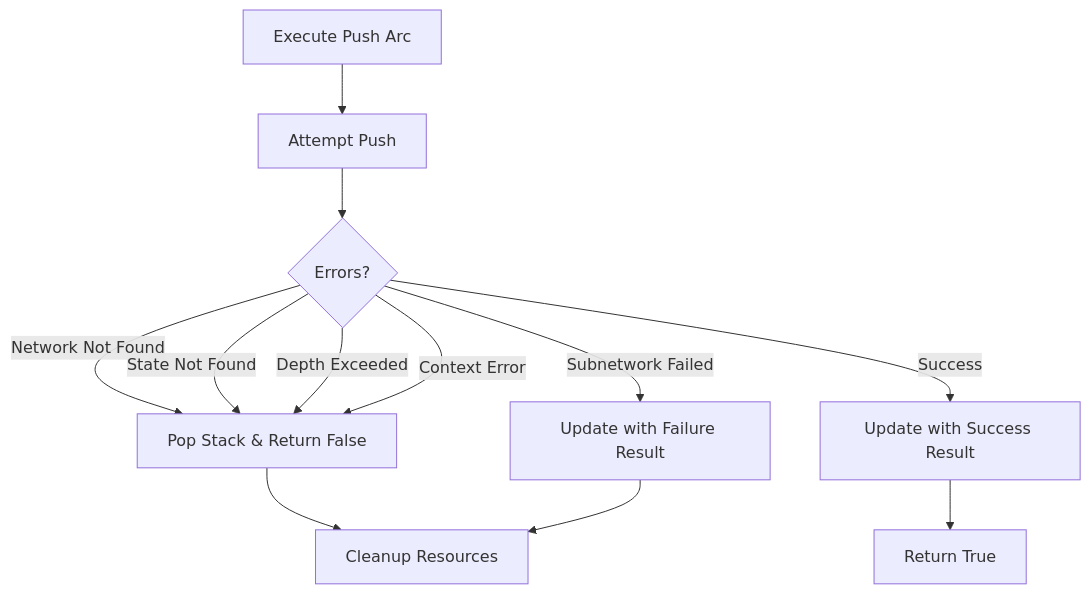
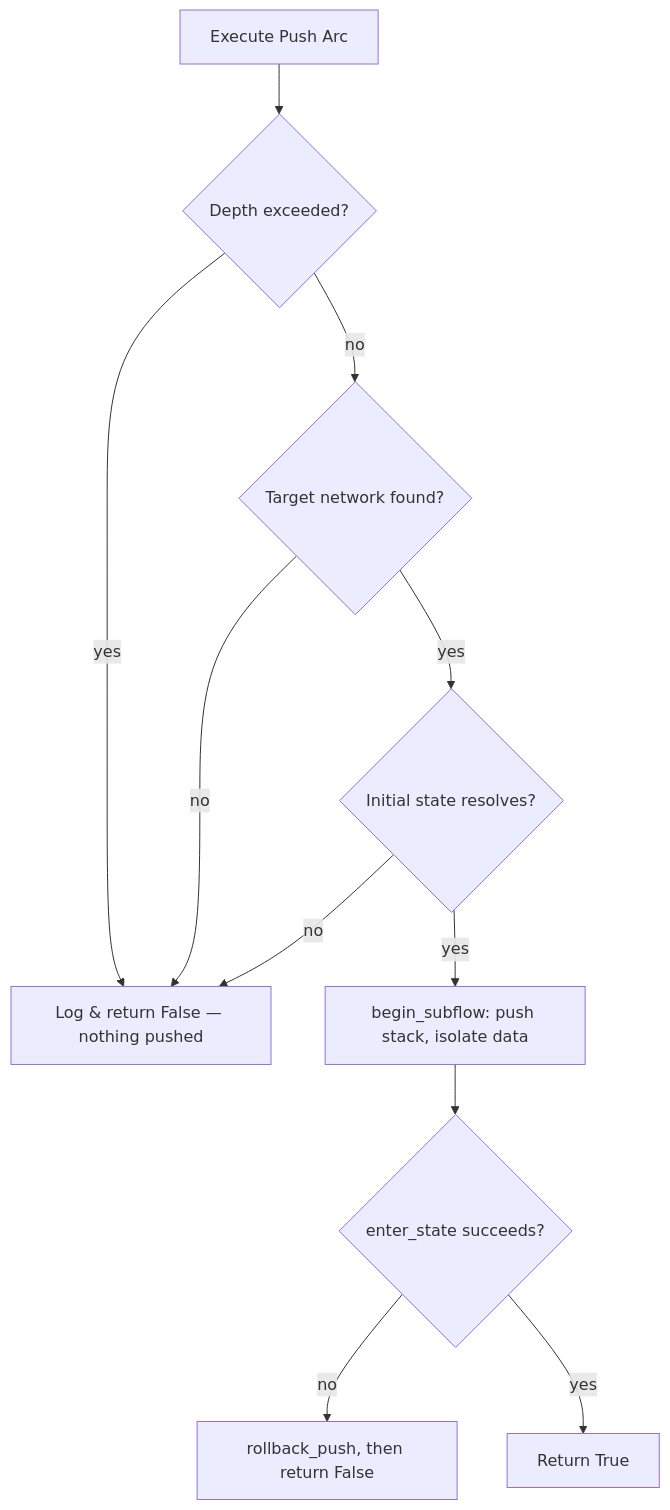
One commit to KBS-Labs/dataknobs changed the eighth of 18 diagrams in packages/fsm/docs/FSM_PROCESSING_FLOW.md. Above: the diagram before and after it, drawn with Mermaid. The commit also changed other lines of this file and 48 other files, not shown here.

````diff
--- a/packages/fsm/docs/FSM_PROCESSING_FLOW.md
+++ b/packages/fsm/docs/FSM_PROCESSING_FLOW.md
@@ -435,16 +446,13 @@
 ```mermaid
 flowchart TD
-    PushArc[Execute Push Arc] --> TryPush[Attempt Push]
-    TryPush --> CheckErrors{Errors?}
-
-    CheckErrors -->|Network Not Found| PopReturn[Pop Stack & Return False]
-    CheckErrors -->|State Not Found| PopReturn
-    CheckErrors -->|Depth Exceeded| PopReturn
-    CheckErrors -->|Context Error| PopReturn
-    CheckErrors -->|Subnetwork Failed| UpdateFailed[Update with Failure Result]
-    CheckErrors -->|Success| UpdateSuccess[Update with Success Result]
-
-    PopReturn --> Cleanup[Cleanup Resources]
-    UpdateFailed --> Cleanup
-    UpdateSuccess --> ReturnSuccess[Return True]
+    PushArc[Execute Push Arc] --> Depth{Depth exceeded?}
+    Depth -->|yes| Decline[Log & return False — nothing pushed]
+    Depth -->|no| Network{Target network found?}
+    Network -->|no| Decline
+    Network -->|yes| Initial{Initial state resolves?}
+    Initial -->|no| Decline
+    Initial -->|yes| Commit[begin_subflow: push stack, isolate data]
+    Commit --> Enter{enter_state succeeds?}
+    Enter -->|no| Rollback[rollback_push, then return False]
+    Enter -->|yes| Success[Return True]
 ```
````
